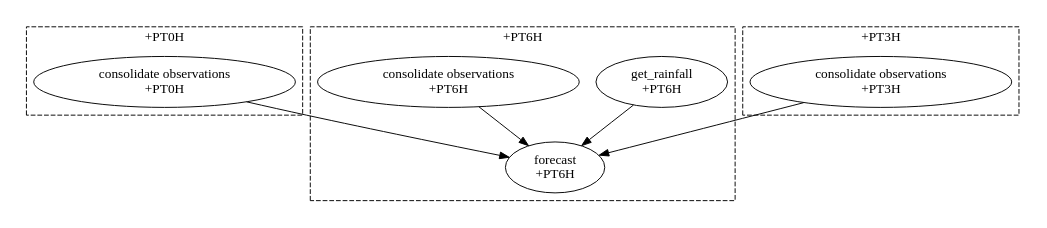
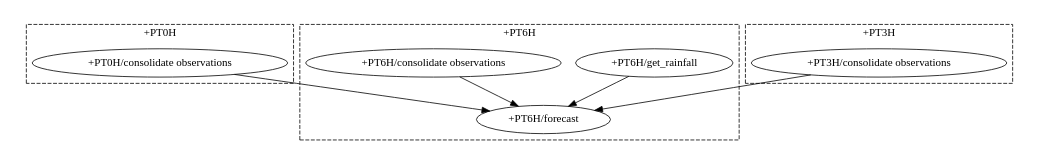
The second of 5 diagrams in src/tutorial/scheduling/datetime-cycling.rst (cylc/cylc-doc), drawn with Graphviz before and after one commit. The commit also changed other lines of this file, not shown here.

```diff
--- a/src/tutorial/scheduling/datetime-cycling.rst
+++ b/src/tutorial/scheduling/datetime-cycling.rst
@@ -366,29 +371,29 @@
 .. digraph:: example
    :align: center
 
    size = "7,4"
 
    subgraph cluster_T00 {
        label="+PT0H"
        style="dashed"
-       "observations.t00" [label="consolidate observations\n+PT0H"]
+       "observations.t00" [label="+PT0H/consolidate observations"]
    }
 
    subgraph cluster_T03 {
        label="+PT3H"
        style="dashed"
-       "observations.t03" [label="consolidate observations\n+PT3H"]
+       "observations.t03" [label="+PT3H/consolidate observations"]
    }
 
    subgraph cluster_T06 {
        label="+PT6H"
        style="dashed"
-       "forecast.t06" [label="forecast\n+PT6H"]
-       "get_rainfall.t06" [label="get_rainfall\n+PT6H"]
-       "observations.t06" [label="consolidate observations\n+PT6H"]
+       "forecast.t06" [label="+PT6H/forecast"]
+       "get_rainfall.t06" [label="+PT6H/get_rainfall"]
+       "observations.t06" [label="+PT6H/consolidate observations"]
    }
 
    "observations.t00" -> "forecast.t06"
    "observations.t03" -> "forecast.t06"
    "observations.t06" -> "forecast.t06"
    "get_rainfall.t06" -> "forecast.t06"
```
